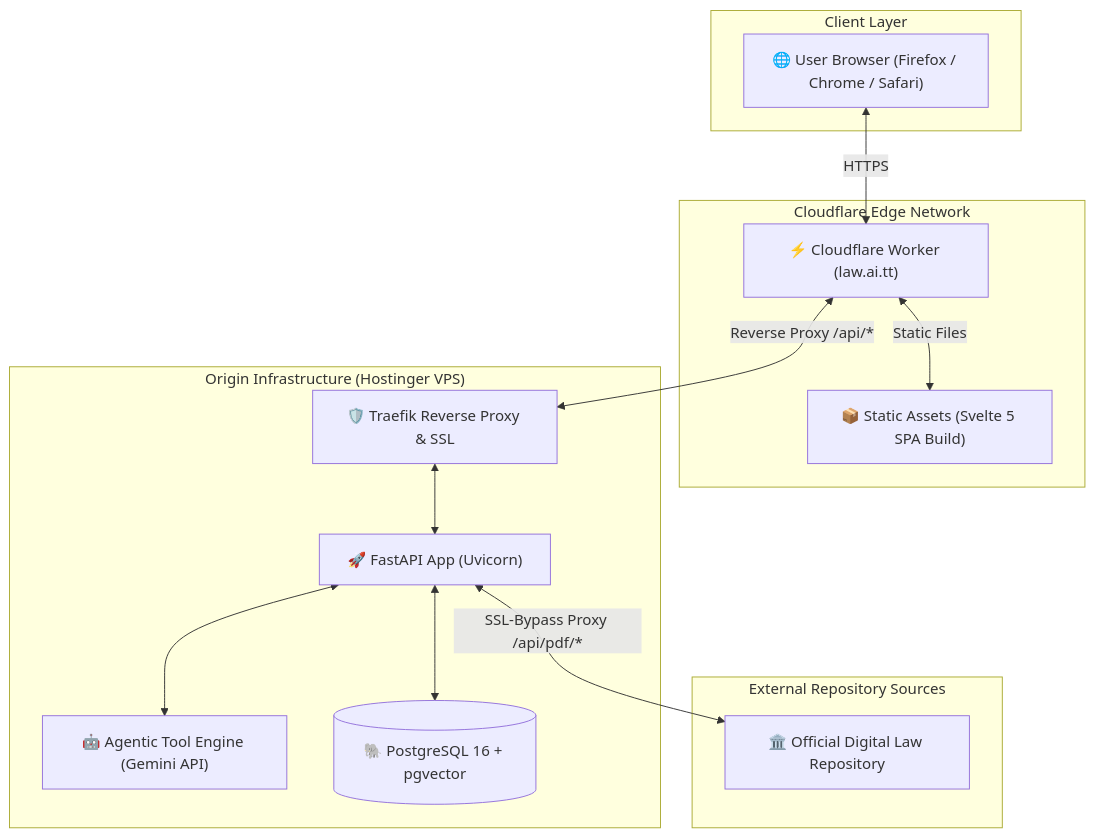
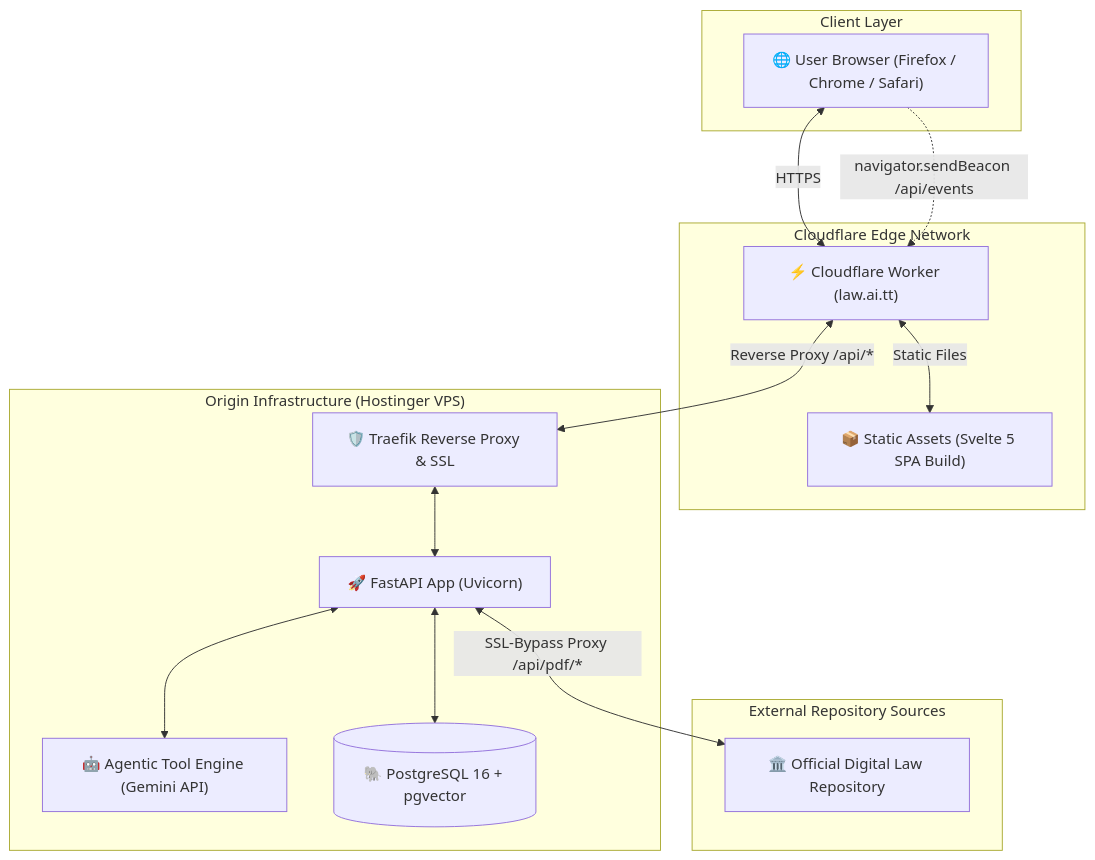
The diagram in README.md (gregory1506/law-cite-tt), drawn with Mermaid before and after one commit. The commit also changed other lines of this file and 1 other file, not shown here.

Commit message:
docs: overhaul both READMEs — real frontend guide, backend runbook + API surface, analytics architecture section

````diff
--- a/README.md
+++ b/README.md
@@ -103,31 +103,32 @@
 ```mermaid
 flowchart TD
     subgraph Client ["Client Layer"]
         User["🌐 User Browser (Firefox / Chrome / Safari)"]
     end
 
     subgraph Cloudflare ["Cloudflare Edge Network"]
         CFWorker["⚡ Cloudflare Worker (law.ai.tt)"]
         CFAssets["📦 Static Assets (Svelte 5 SPA Build)"]
     end
 
     subgraph VPS ["Origin Infrastructure (Hostinger VPS)"]
         Traefik["🛡️ Traefik Reverse Proxy & SSL"]
         FastAPI["🚀 FastAPI App (Uvicorn)"]
         Agent["🤖 Agentic Tool Engine (Gemini API)"]
         PGDB[("🐘 PostgreSQL 16 + pgvector")]
     end
 
     subgraph External ["External Repository Sources"]
         GovTT["🏛️ Official Digital Law Repository"]
     end
 
 
     User <-->|HTTPS| CFWorker
     CFWorker <-->|Static Files| CFAssets
     CFWorker <-->|Reverse Proxy /api/*| Traefik
     Traefik <--> FastAPI
     FastAPI <--> Agent
     FastAPI <--> PGDB
     FastAPI <-->|SSL-Bypass Proxy /api/pdf/*| GovTT
+    User -.->|navigator.sendBeacon /api/events| CFWorker
 ```
````
